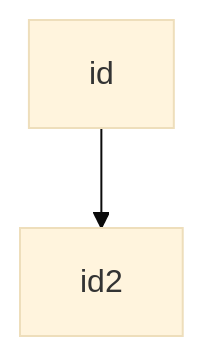
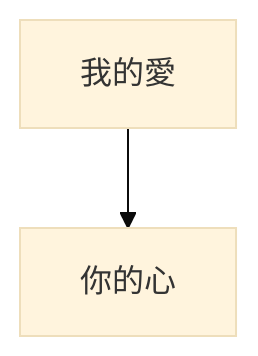
One commit to kuku0508/kuku_note_ver_2 changed the diagram in 知識/程式語言/Mermaid/語法/流程圖/邊目錄/方向.md. Above: the diagram before and after it, drawn with Mermaid (base theme). The commit also changed other lines of this file and 1 other file, not shown here.

Commit message:
vault backup: 2025-04-22 10:56:25

````diff
--- a/知識/程式語言/Mermaid/語法/流程圖/邊目錄/方向.md
+++ b/知識/程式語言/Mermaid/語法/流程圖/邊目錄/方向.md
@@ -2,4 +3,4 @@
 ```mermaid
 flowchart TD
-id --> id2
+我的愛 --> 你的心
 ```
````
